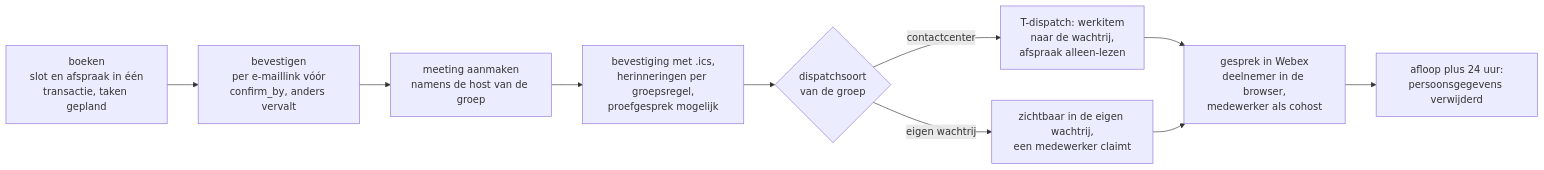
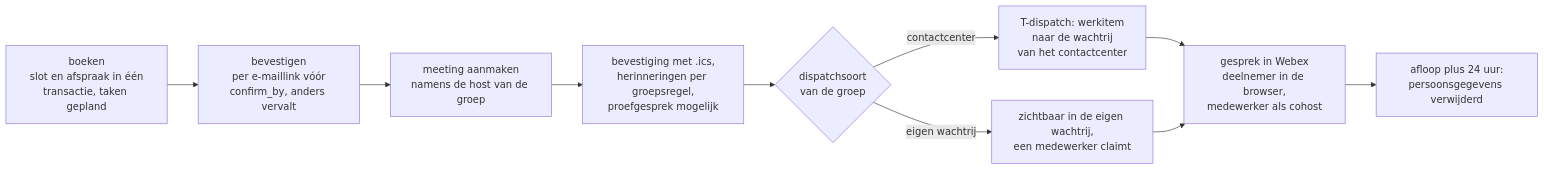
Before and after one commit to 3Corners-Labs/OpenPlanner: the fifth of 8 diagrams in docs/applicatie-architectuur.md, drawn with Mermaid. The commit also changed other lines of this file, not shown here.

First line of the commit message:
docs: check the application architecture against the code, add ADR 0116

````diff
--- a/docs/applicatie-architectuur.md
+++ b/docs/applicatie-architectuur.md
@@ -640,12 +649,12 @@
 ```mermaid
 flowchart LR
     boek["boeken<br/>slot en afspraak in één<br/>transactie, taken gepland"] --> bevestig["bevestigen<br/>per e-maillink vóór<br/>confirm_by, anders vervalt"]
     bevestig --> meeting["meeting aanmaken<br/>namens de host van de groep"]
     meeting --> bericht["bevestiging met .ics,<br/>herinneringen per groepsregel,<br/>proefgesprek mogelijk"]
     bericht --> dispatch{"dispatchsoort<br/>van de groep"}
-    dispatch -- "contactcenter" --> werkitem["T-dispatch: werkitem<br/>naar de wachtrij,<br/>afspraak alleen-lezen"]
+    dispatch -- "contactcenter" --> werkitem["T-dispatch: werkitem<br/>naar de wachtrij<br/>van het contactcenter"]
     dispatch -- "eigen wachtrij" --> claim["zichtbaar in de eigen wachtrij,<br/>een medewerker claimt"]
     werkitem --> gesprek["gesprek in Webex<br/>deelnemer in de browser,<br/>medewerker als cohost"]
     claim --> gesprek
     gesprek --> purge["afloop plus 24 uur:<br/>persoonsgegevens verwijderd"]
 ```
````
